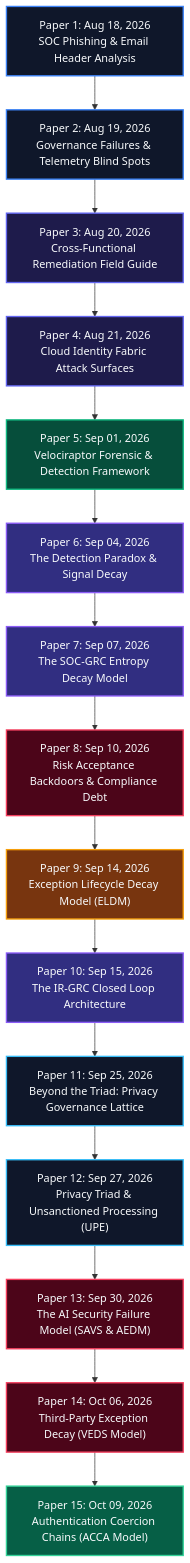
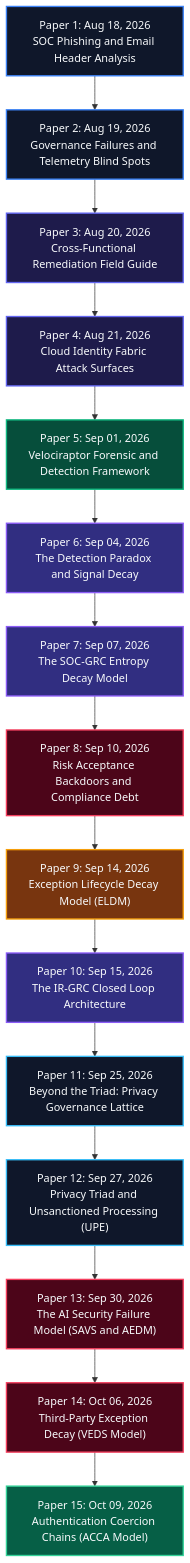
Before and after one commit to hiro001-eth/What-I-Learned-Today-on-SOC-GRC-: the first of 3 diagrams in README.md, drawn with Mermaid. The commit also changed other lines of this file and 1 other file, not shown here.

Commit message:
feat(paper-15): Fix Mermaid diagram syntax and publish Paper 15

````diff
--- a/README.md
+++ b/README.md
@@ -44,37 +44,37 @@
 ```mermaid
 graph TD
-    AUG18["Paper 1: Aug 18, 2026<br/>SOC Phishing & Email Header Analysis"] --> AUG19["Paper 2: Aug 19, 2026<br/>Governance Failures & Telemetry Blind Spots"]
+    AUG18["Paper 1: Aug 18, 2026<br/>SOC Phishing and Email Header Analysis"] --> AUG19["Paper 2: Aug 19, 2026<br/>Governance Failures and Telemetry Blind Spots"]
     AUG19 --> AUG20["Paper 3: Aug 20, 2026<br/>Cross-Functional Remediation Field Guide"]
     AUG20 --> AUG21["Paper 4: Aug 21, 2026<br/>Cloud Identity Fabric Attack Surfaces"]
-    AUG21 --> SEP01["Paper 5: Sep 01, 2026<br/>Velociraptor Forensic & Detection Framework"]
-    SEP01 --> SEP04["Paper 6: Sep 04, 2026<br/>The Detection Paradox & Signal Decay"]
+    AUG21 --> SEP01["Paper 5: Sep 01, 2026<br/>Velociraptor Forensic and Detection Framework"]
+    SEP01 --> SEP04["Paper 6: Sep 04, 2026<br/>The Detection Paradox and Signal Decay"]
     SEP04 --> SEP07["Paper 7: Sep 07, 2026<br/>The SOC-GRC Entropy Decay Model"]
-    SEP07 --> SEP10["Paper 8: Sep 10, 2026<br/>Risk Acceptance Backdoors & Compliance Debt"]
+    SEP07 --> SEP10["Paper 8: Sep 10, 2026<br/>Risk Acceptance Backdoors and Compliance Debt"]
     SEP10 --> SEP14["Paper 9: Sep 14, 2026<br/>Exception Lifecycle Decay Model (ELDM)"]
     SEP14 --> SEP15["Paper 10: Sep 15, 2026<br/>The IR-GRC Closed Loop Architecture"]
     SEP15 --> SEP25["Paper 11: Sep 25, 2026<br/>Beyond the Triad: Privacy Governance Lattice"]
-    SEP25 --> SEP27["Paper 12: Sep 27, 2026<br/>Privacy Triad & Unsanctioned Processing (UPE)"]
-    SEP27 --> SEP30["Paper 13: Sep 30, 2026<br/>The AI Security Failure Model (SAVS & AEDM)"]
+    SEP25 --> SEP27["Paper 12: Sep 27, 2026<br/>Privacy Triad and Unsanctioned Processing (UPE)"]
+    SEP27 --> SEP30["Paper 13: Sep 30, 2026<br/>The AI Security Failure Model (SAVS and AEDM)"]
     SEP30 --> OCT06["Paper 14: Oct 06, 2026<br/>Third-Party Exception Decay (VEDS Model)"]
     OCT06 --> OCT09["Paper 15: Oct 09, 2026<br/>Authentication Coercion Chains (ACCA Model)"]
 
     classDef foundation fill:#0F172A,stroke:#3B82F6,color:#F8FAFC,stroke-width:2px;
     classDef telemetry fill:#1E1B4B,stroke:#6366F1,color:#F8FAFC,stroke-width:2px;
     classDef forensics fill:#064E3B,stroke:#10B981,color:#F8FAFC,stroke-width:2px;
     classDef theoretical fill:#312E81,stroke:#8B5CF6,color:#F8FAFC,stroke-width:2px;
     classDef critical fill:#4C0519,stroke:#F43F5E,color:#F8FAFC,stroke-width:2px;
     classDef breakthrough fill:#78350F,stroke:#F59E0B,color:#F8FAFC,stroke-width:2px;
     classDef privacy fill:#0F172A,stroke:#38BDF8,color:#F8FAFC,stroke-width:2px;
     classDef latest fill:#065F46,stroke:#34D399,color:#F8FAFC,stroke-width:2px;
 
     class AUG18,AUG19 foundation;
     class AUG20,AUG21 telemetry;
     class SEP01 forensics;
     class SEP04,SEP07 theoretical;
     class SEP10 critical;
     class SEP14 breakthrough;
     class SEP15 theoretical;
     class SEP25,SEP27 privacy;
     class SEP30,OCT06 critical;
     class OCT09 latest;
 ```
````
